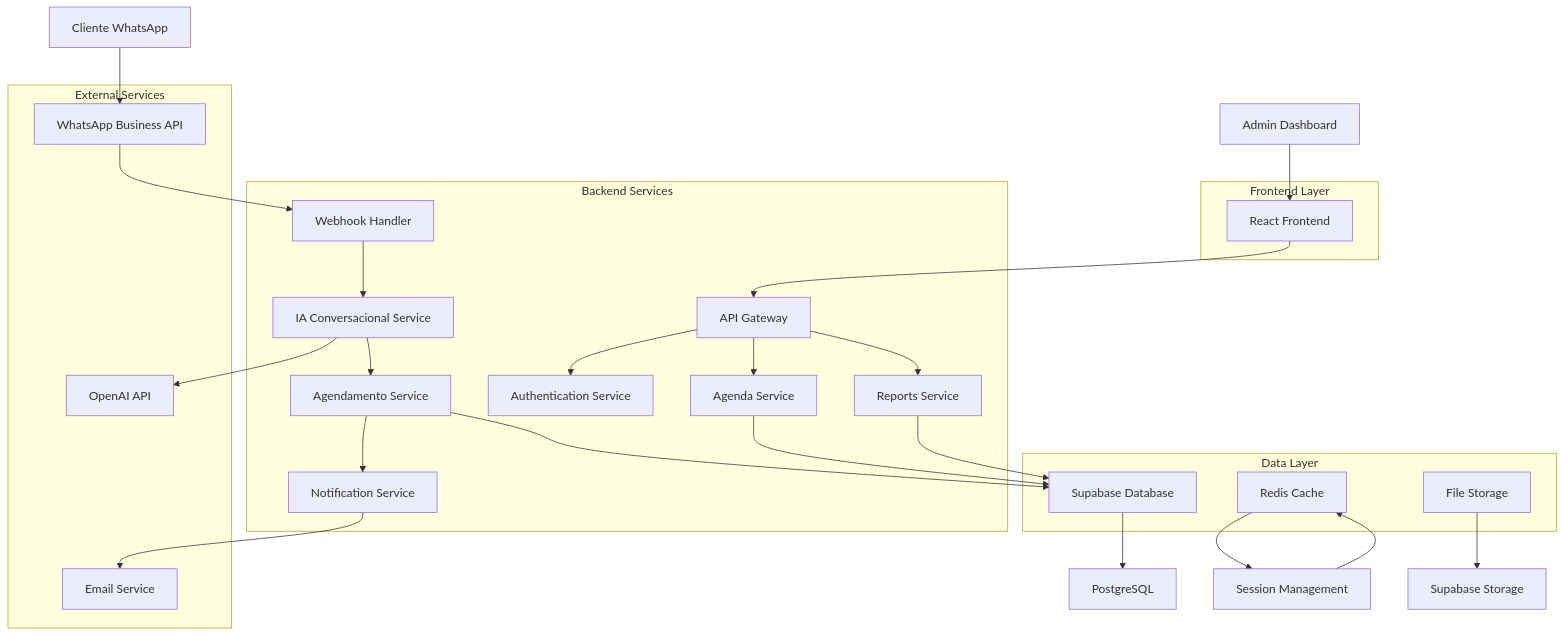
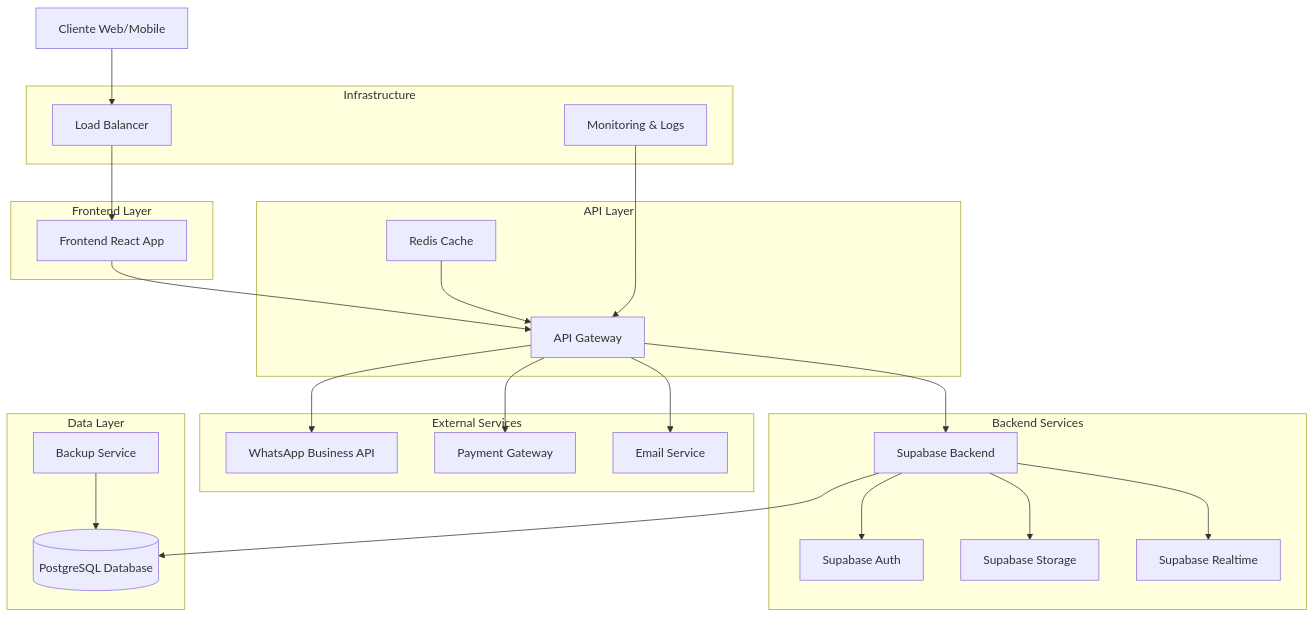
One commit to samueldng/agendamento_inteligente changed the first of 2 diagrams in .trae/documents/Arquitetura_Tecnica_Sis_IA_Go.md. Above: the diagram before and after it, drawn with Mermaid. The commit also changed other lines of this file and 78 other files, not shown here.

````diff
--- a/.trae/documents/Arquitetura_Tecnica_Sis_IA_Go.md
+++ b/.trae/documents/Arquitetura_Tecnica_Sis_IA_Go.md
@@ -5,52 +7,51 @@
 ```mermaid
 graph TD
-    A[Cliente WhatsApp] --> B[WhatsApp Business API]
-    B --> C[Webhook Handler]
-    C --> D[IA Conversacional Service]
-    D --> E[Agendamento Service]
-    E --> F[Notification Service]
+    A[Cliente Web/Mobile] --> B[Load Balancer]
+    B --> C[Frontend React App]
+    C --> D[API Gateway]
+    D --> E[Supabase Backend]
+    D --> F[WhatsApp Business API]
+    D --> G[Payment Gateway]
+    D --> H[Email Service]
     
-    G[Admin Dashboard] --> H[React Frontend]
-    H --> I[API Gateway]
-    I --> J[Authentication Service]
-    I --> K[Agenda Service]
-    I --> L[Reports Service]
+    E --> I[(PostgreSQL Database)]
+    E --> J[Supabase Auth]
+    E --> K[Supabase Storage]
+    E --> L[Supabase Realtime]
     
-    M[Supabase Database] --> N[PostgreSQL]
-    O[Redis Cache] --> P[Session Management]
-    Q[File Storage] --> R[Supabase Storage]
+    M[Redis Cache] --> D
+    N[Monitoring & Logs] --> D
+    O[Backup Service] --> I
     
     subgraph "Frontend Layer"
-        H
+        C
+    end
+    
+    subgraph "API Layer"
+        D
+        M
     end
     
     subgraph "Backend Services"
-        C
-        D
         E
-        F
-        I
         J
         K
         L
     end
     
-    subgraph "Data Layer"
-        M
-        O
-        Q
+    subgraph "External Services"
+        F
+        G
+        H
     end
     
-    subgraph "External Services"
-        B
-        S[OpenAI API]
-        T[Email Service]
+    subgraph "Data Layer"
+        I
+        O
     end
     
-    D --> S
-    F --> T
-    E --> M
-    K --> M
-    L --> M
-    P --> O
+    subgraph "Infrastructure"
+        N
+        B
+    end
 ```
````
